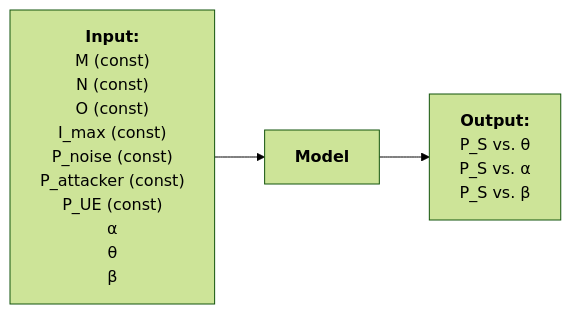
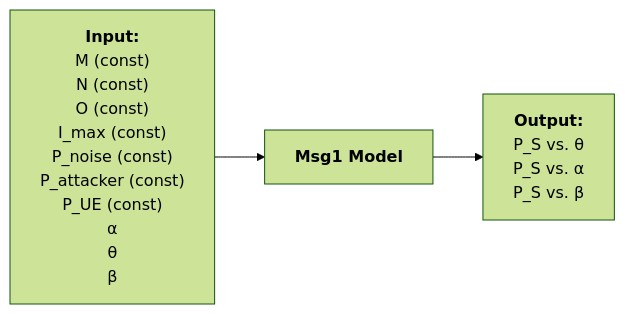
Before and after one commit to bmw-ece-ntust/wilfrid-prach-attack-analysis: the third of 4 diagrams in docs/20250307 Thesis (PRACH Attack Problem Definition).md, drawn with Mermaid (forest theme). The commit also changed other lines of this file, not shown here.

````diff
--- a/docs/20250307 Thesis (PRACH Attack Problem Definition).md
+++ b/docs/20250307 Thesis (PRACH Attack Problem Definition).md
@@ -202,20 +202,20 @@
 ```mermaid
 flowchart LR
     input["`**Input:**
     M (const)
     N (const)
     O (const)
     I_max (const)
     P_noise (const)
     P_attacker (const)
     P_UE (const)
     α
     θ
     β`"]
-    process["`**Model**`"]
+    process["`**Msg1 Model**`"]
     output["`**Output:**
     P_S vs. θ
     P_S vs. α
     P_S vs. β`"]
     input --> process --> output
 ```
````
